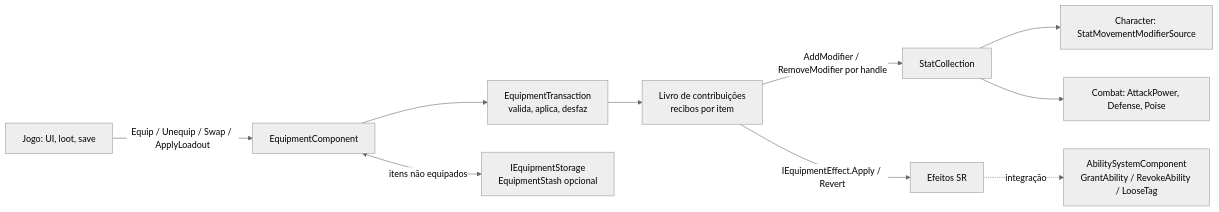
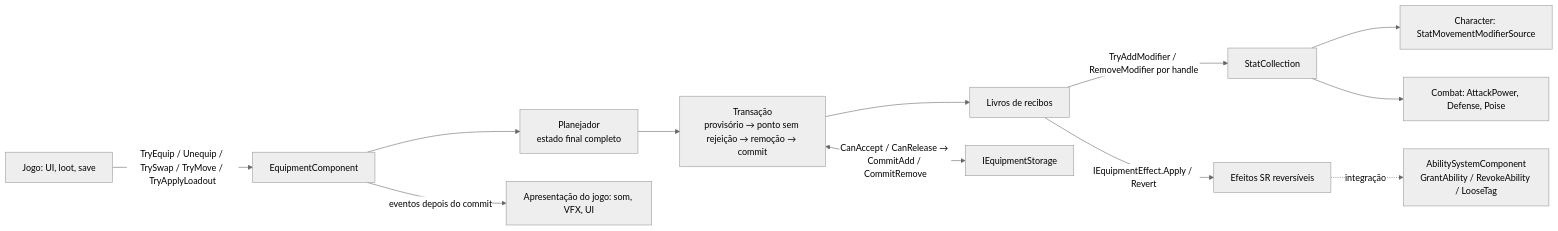
One commit to GuiJR777/Whisker-Of-Rage-Unity-6 changed the diagram in Docs/Framework/docs/design/m7-equipment-design.md. Above: the diagram before and after it, drawn with Mermaid (neutral theme). The commit also changed other lines of this file and 10 other files, not shown here.

````diff
--- a/Docs/Framework/docs/design/m7-equipment-design.md
+++ b/Docs/Framework/docs/design/m7-equipment-design.md
@@ -74,12 +80,14 @@
 ```mermaid
 flowchart LR
-    game[Jogo: UI, loot, save] -->|Equip / Unequip / Swap / ApplyLoadout| comp[EquipmentComponent]
-    comp --> tx[EquipmentTransaction<br/>valida, aplica, desfaz]
-    tx --> ledger[Livro de contribuições<br/>recibos por item]
-    ledger -->|AddModifier / RemoveModifier por handle| stats[StatCollection]
-    ledger -->|IEquipmentEffect.Apply / Revert| fx[Efeitos SR]
+    game[Jogo: UI, loot, save] -->|TryEquip / Unequip / TrySwap / TryMove / TryApplyLoadout| comp[EquipmentComponent]
+    comp --> plan[Planejador<br/>estado final completo]
+    plan --> tx[Transação<br/>provisório → ponto sem rejeição → remoção → commit]
+    tx --> ledger[Livros de recibos]
+    ledger -->|TryAddModifier / RemoveModifier por handle| stats[StatCollection]
+    ledger -->|IEquipmentEffect.Apply / Revert| fx[Efeitos SR reversíveis]
     fx -. integração .-> asc[AbilitySystemComponent<br/>GrantAbility / RevokeAbility / LooseTag]
+    tx <-->|CanAccept / CanRelease → CommitAdd / CommitRemove| storage[IEquipmentStorage]
     stats --> character[Character: StatMovementModifierSource]
     stats --> combat[Combat: AttackPower, Defense, Poise]
-    comp <-->|itens não equipados| storage[IEquipmentStorage<br/>EquipmentStash opcional]
+    comp -->|eventos depois do commit| presentation[Apresentação do jogo: som, VFX, UI]
 ```
````
